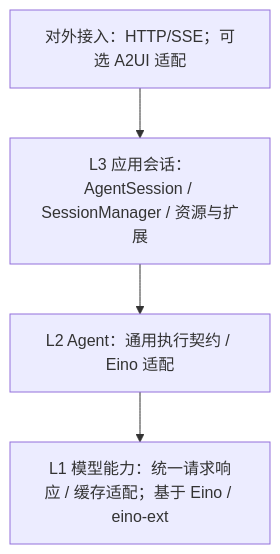
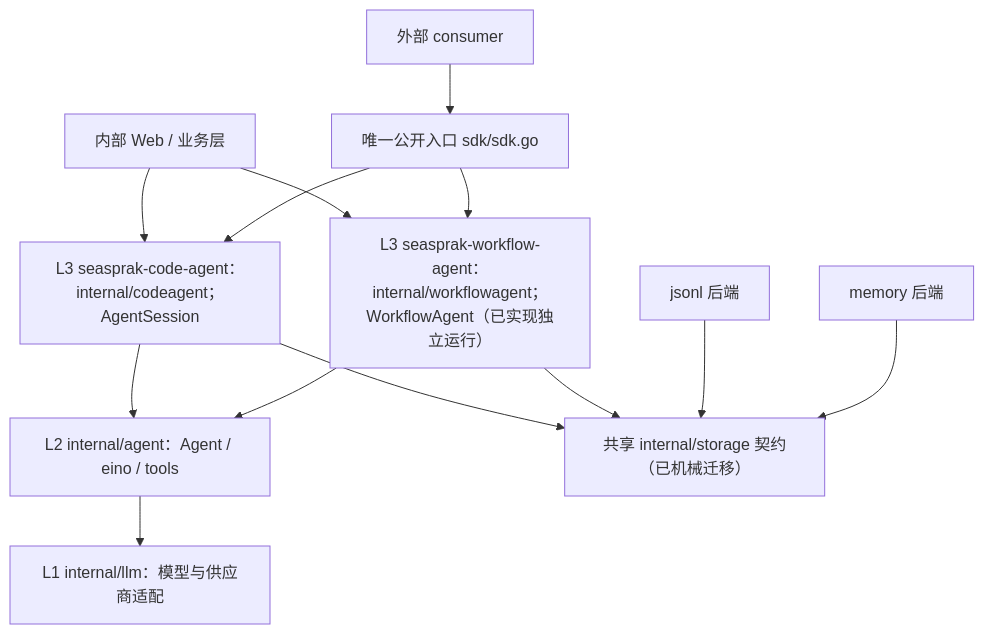
One commit to ww1489/seasprak changed the diagram in docs/pi-eino-prd/02-architecture-boundaries.md. Above: the diagram before and after it, drawn with Mermaid. The commit also changed other lines of this file and 904 other files, not shown here.

````diff
--- a/docs/pi-eino-prd/02-architecture-boundaries.md
+++ b/docs/pi-eino-prd/02-architecture-boundaries.md
@@ -34,6 +36,15 @@
 ```mermaid
 flowchart TB
-  Access["对外接入：HTTP/SSE；可选 A2UI 适配"] --> App["L3 应用会话：AgentSession / SessionManager / 资源与扩展"]
-  App --> Agent["L2 Agent：通用执行契约 / Eino 适配"]
-  Agent --> Model["L1 模型能力：统一请求响应 / 缓存适配；基于 Eino / eino-ext"]
+  Consumer["外部 consumer"] --> SDK["唯一公开入口 sdk/sdk.go"]
+  Web["内部 Web / 业务层"] --> Code["L3 seasprak-code-agent：internal/codeagent；AgentSession"]
+  Web --> Workflow["L3 seasprak-workflow-agent：internal/workflowagent；WorkflowAgent（已实现独立运行）"]
+  SDK --> Code
+  SDK --> Workflow
+  Code --> Agent["L2 internal/agent：Agent / eino / tools"]
+  Workflow --> Agent
+  Agent --> Model["L1 internal/llm：模型与供应商适配"]
+  Code --> Storage["共享 internal/storage 契约（已机械迁移）"]
+  Workflow --> Storage
+  JSONL["jsonl 后端"] --> Storage
+  Memory["memory 后端"] --> Storage
 ```
````
